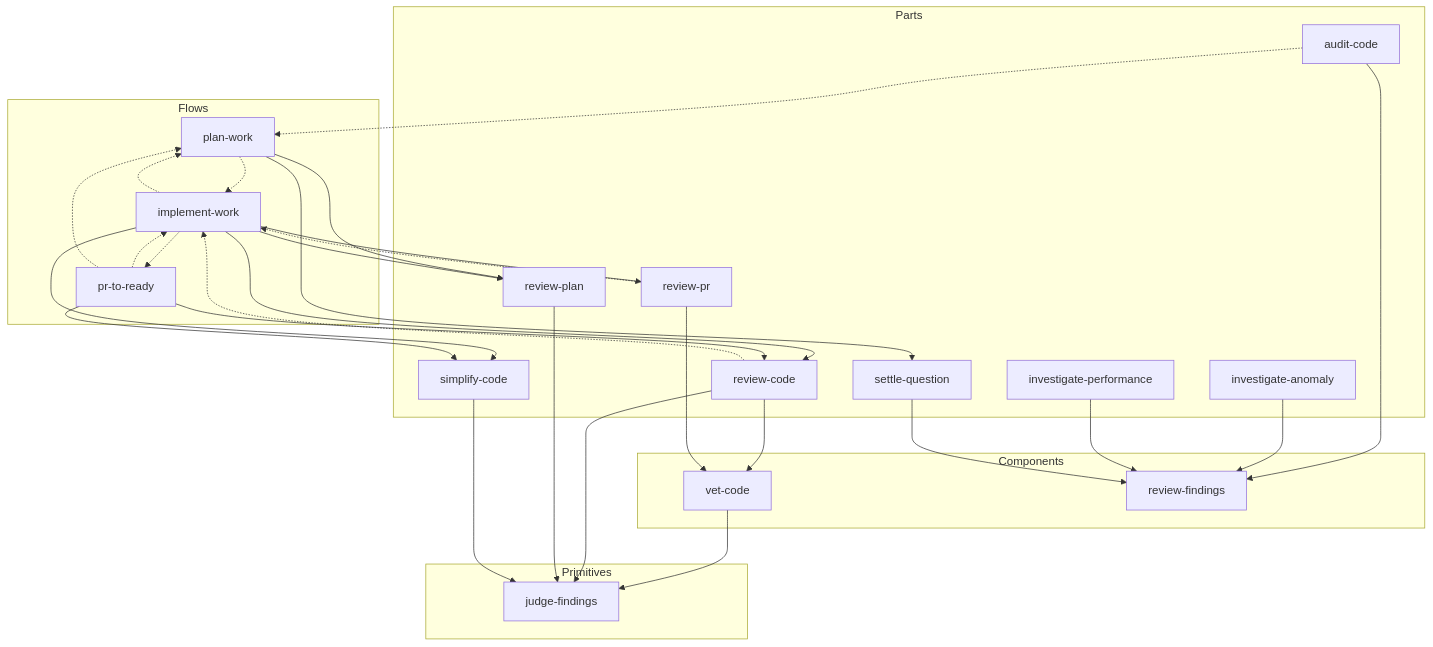
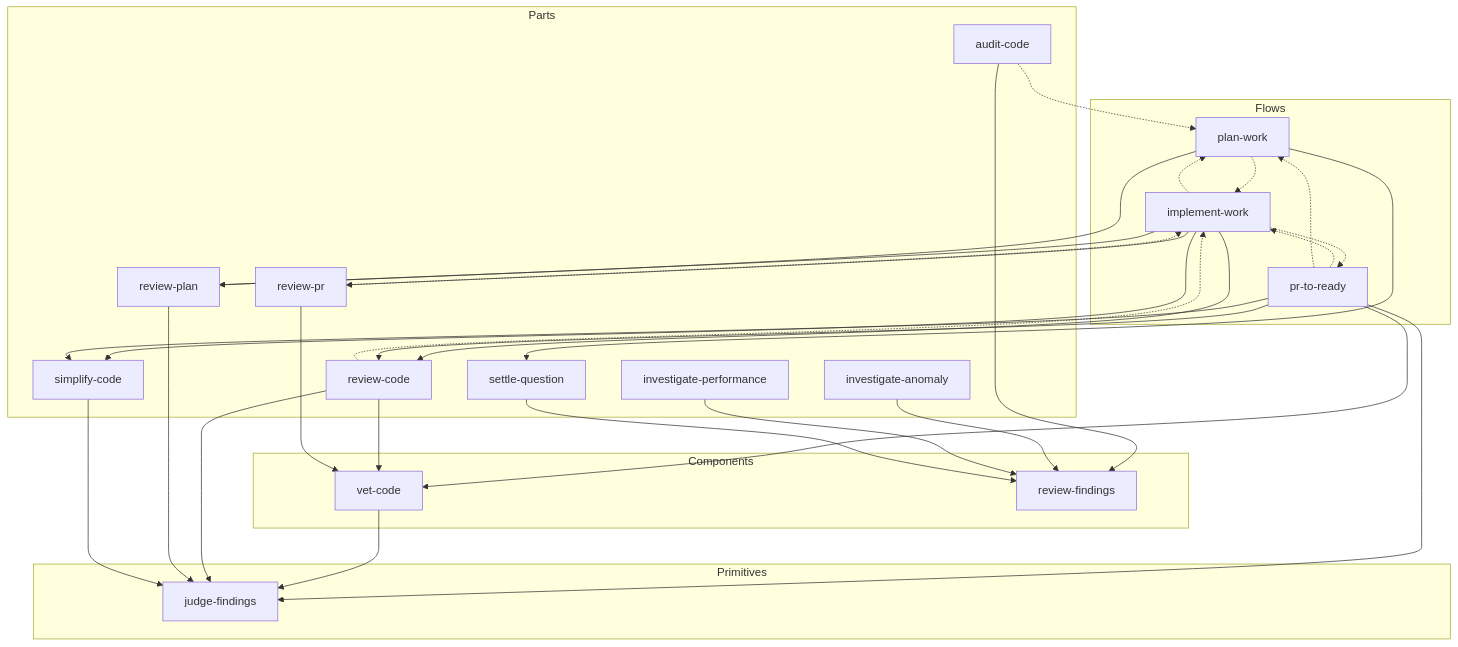
The first of 2 diagrams in README.md (yowcow/dude), drawn with Mermaid before and after one commit. The commit also changed 1 other file, not shown here.

Commit message:
pr-to-ready: requesting-code-review を vet-code に、外部の指摘の判定を judge-findings に乗せる
requesting-code-review の経路を、2-1 での vet-code の呼び出し 1 回に置き換え、
Copilot / Claude の待ちと並行して進める。Copilot / Claude の指摘は、1 件以上
あるときだけ judge-findings で判定し、1 finding ごとの判定 fan-out は廃止する。

修正・commit・push・投稿・停止リストの確認は、同じ巡の vet-code と
judge-findings の verdict がすべて揃ってから始め、needs-user は揃った verdict
全体で数える。Verdict record は、両 skill が返した verdict から作り、reject された
Declined to judge の行も含めて、次の巡の earlier rounds として渡す。

README の依存ツリーに pr-to-ready から vet-code と judge-findings への辺を足す。

````diff
--- a/README.md
+++ b/README.md
@@ -37,53 +37,55 @@
 ```mermaid
 flowchart TB
   subgraph Flows
     plan-work
     implement-work
     pr-to-ready
   end
   subgraph Parts
     review-code
     review-plan
     simplify-code
     review-pr
     audit-code
     settle-question
     investigate-anomaly
     investigate-performance
   end
   subgraph Components
     vet-code
     review-findings
   end
   subgraph Primitives
     judge-findings
   end
 
   plan-work -.-> implement-work
   implement-work -.-> plan-work
   implement-work -.-> pr-to-ready
   pr-to-ready -.-> implement-work
   pr-to-ready -.-> plan-work
   review-code -.-> implement-work
   review-pr -.-> implement-work
   audit-code -.-> plan-work
 
   plan-work --> review-plan
   plan-work --> settle-question
   implement-work --> review-code
   implement-work --> review-plan
   implement-work --> review-pr
   implement-work --> simplify-code
   pr-to-ready --> review-code
   pr-to-ready --> simplify-code
+  pr-to-ready --> vet-code
+  pr-to-ready --> judge-findings
   audit-code --> review-findings
   investigate-anomaly --> review-findings
   investigate-performance --> review-findings
   settle-question --> review-findings
   review-code --> vet-code
   review-pr --> vet-code
   vet-code --> judge-findings
   review-code --> judge-findings
   review-plan --> judge-findings
   simplify-code --> judge-findings
 ```
````
